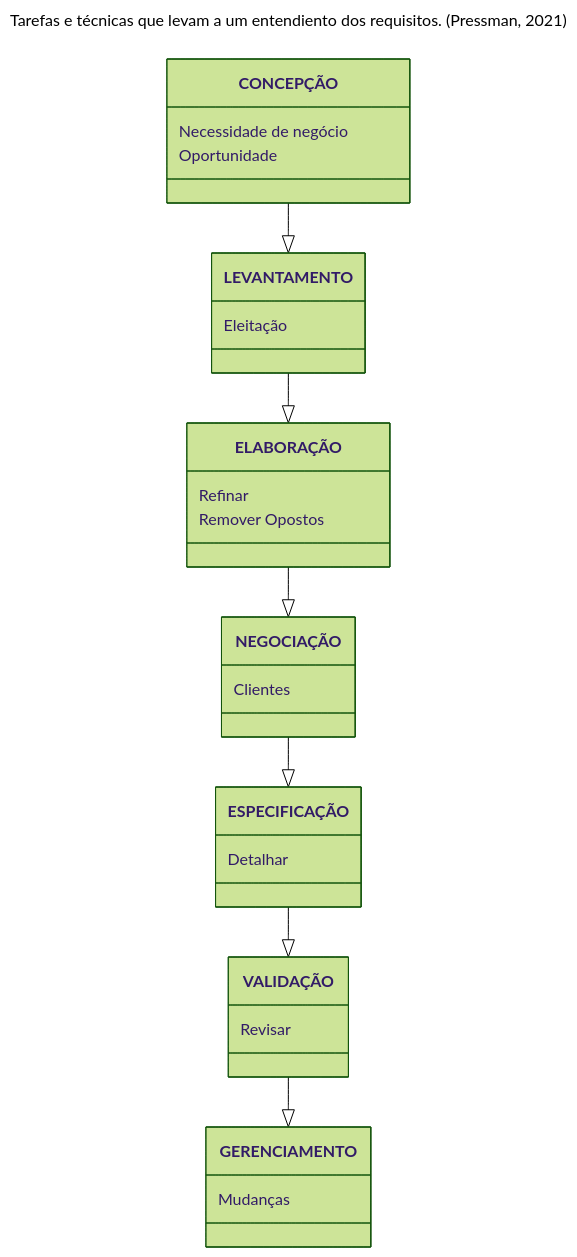
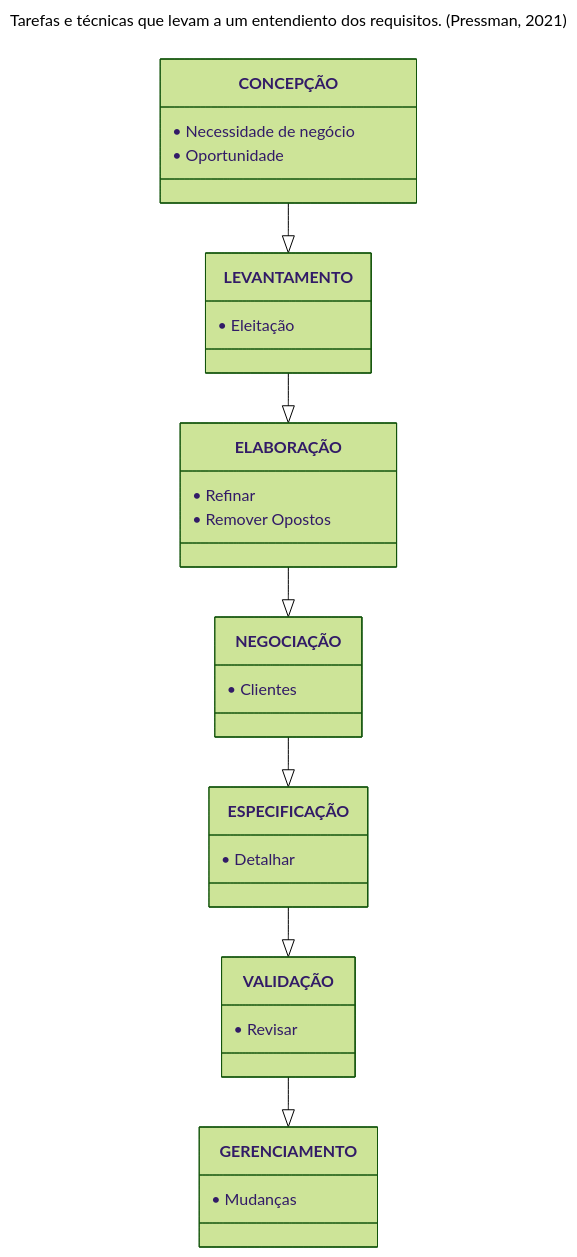
Before and after one commit to ericmds/3-Semestre: the second of 2 diagrams in Engenharia e Requisitos de Software/Aula 06 - 26.03.25.md, drawn with Mermaid (forest theme).

Commit message:
Update Aula 06 - 26.03.25.md

````diff
--- a/Engenharia e Requisitos de Software/Aula 06 - 26.03.25.md
+++ b/Engenharia e Requisitos de Software/Aula 06 - 26.03.25.md
@@ -29,21 +29,21 @@
   ```mermaid
   ---
   title: Tarefas e técnicas que levam a um entendiento dos requisitos. (Pressman, 2021)
   ---
   classDiagram
       CONCEPÇÃO --|> LEVANTAMENTO
       LEVANTAMENTO --|> ELABORAÇÃO
       ELABORAÇÃO --|> NEGOCIAÇÃO
       NEGOCIAÇÃO --|> ESPECIFICAÇÃO
       ESPECIFICAÇÃO --|> VALIDAÇÃO
       VALIDAÇÃO --|> GERENCIAMENTO
-      CONCEPÇÃO : Necessidade de negócio
-      CONCEPÇÃO : Oportunidade
-      LEVANTAMENTO : Eleitação
-      ELABORAÇÃO : Refinar
-      ELABORAÇÃO : Remover Opostos
-      NEGOCIAÇÃO : Clientes
-      ESPECIFICAÇÃO : Detalhar
-      VALIDAÇÃO : Revisar
-      GERENCIAMENTO : Mudanças
+      CONCEPÇÃO : • Necessidade de negócio
+      CONCEPÇÃO : • Oportunidade
+      LEVANTAMENTO : • Eleitação
+      ELABORAÇÃO : • Refinar
+      ELABORAÇÃO : • Remover Opostos
+      NEGOCIAÇÃO : • Clientes
+      ESPECIFICAÇÃO : • Detalhar
+      VALIDAÇÃO : • Revisar
+      GERENCIAMENTO : • Mudanças
   ```
````
